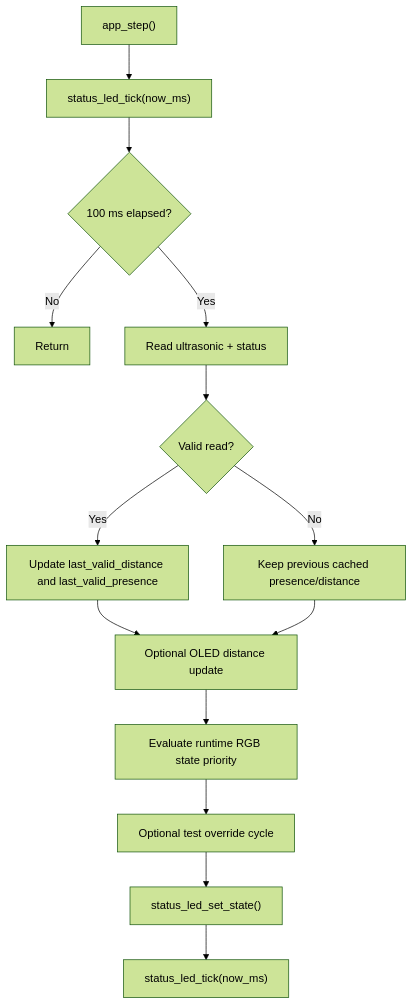
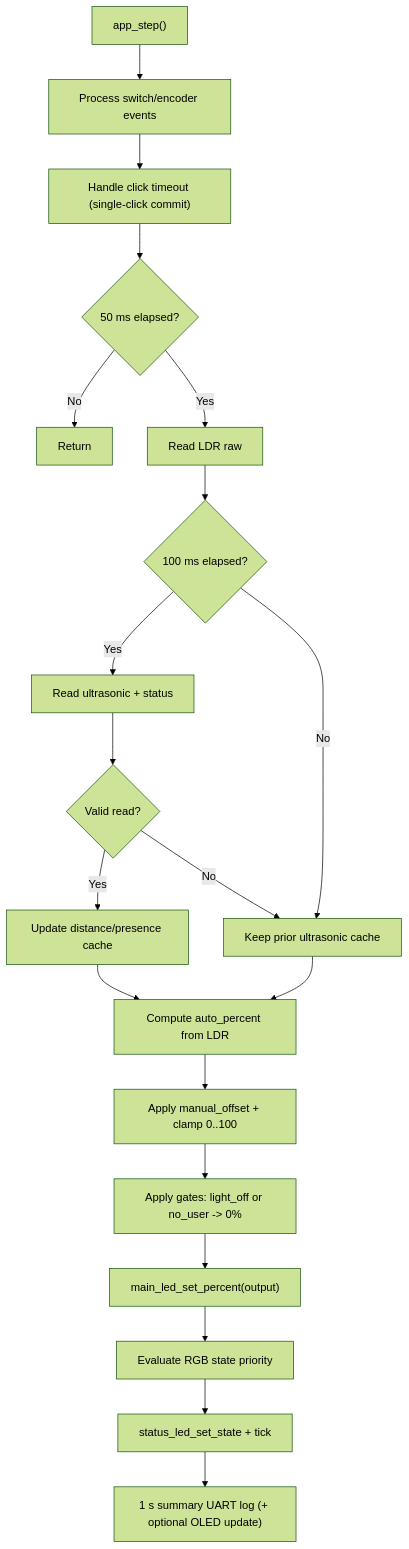
The first of 2 diagrams in docs/architecture/business-logic.md (RJTPP/S-ADAPT-IoT), drawn with Mermaid (forest theme) before and after one commit. The commit also changed other lines of this file and 7 other files, not shown here.

````diff
--- a/docs/architecture/business-logic.md
+++ b/docs/architecture/business-logic.md
@@ -31,16 +35,22 @@
 ```mermaid
 flowchart TD
-    A["app_step()"] --> B["status_led_tick(now_ms)"]
-    B --> C{"100 ms elapsed?"}
-    C -- "No" --> D["Return"]
-    C -- "Yes" --> E["Read ultrasonic + status"]
-    E --> F{"Valid read?"}
-    F -- "Yes" --> G["Update last_valid_distance and last_valid_presence"]
-    F -- "No" --> H["Keep previous cached presence/distance"]
-    G --> I["Optional OLED distance update"]
-    H --> I
-    I --> J["Evaluate runtime RGB state priority"]
-    J --> K["Optional test override cycle"]
-    K --> L["status_led_set_state()"]
-    L --> M["status_led_tick(now_ms)"]
+    A["app_step()"] --> B["Process switch/encoder events"]
+    B --> C["Handle click timeout (single-click commit)"]
+    C --> D{"50 ms elapsed?"}
+    D -- "No" --> E["Return"]
+    D -- "Yes" --> F["Read LDR raw"]
+    F --> G{"100 ms elapsed?"}
+    G -- "Yes" --> H["Read ultrasonic + status"]
+    G -- "No" --> I["Keep prior ultrasonic cache"]
+    H --> J{"Valid read?"}
+    J -- "Yes" --> K["Update distance/presence cache"]
+    J -- "No" --> I
+    K --> L["Compute auto_percent from LDR"]
+    I --> L
+    L --> M["Apply manual_offset + clamp 0..100"]
+    M --> N["Apply gates: light_off or no_user -> 0%"]
+    N --> O["main_led_set_percent(output)"]
+    O --> P["Evaluate RGB state priority"]
+    P --> Q["status_led_set_state + tick"]
+    Q --> R["1 s summary UART log (+ optional OLED update)"]
 ```
````
